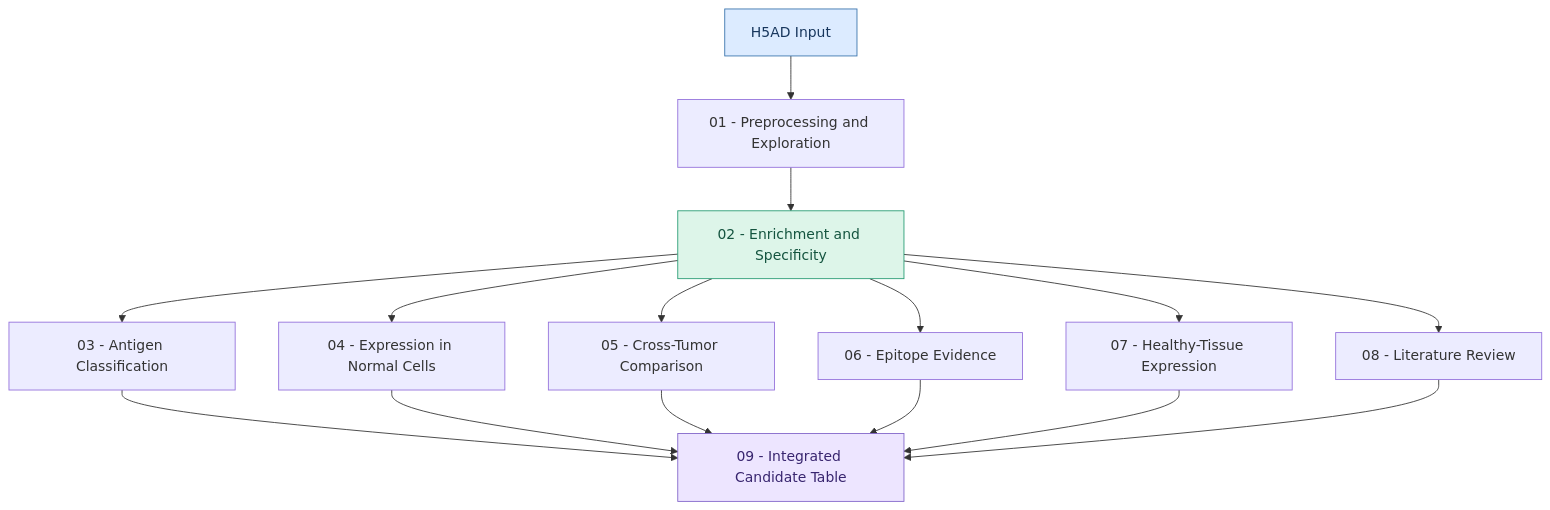
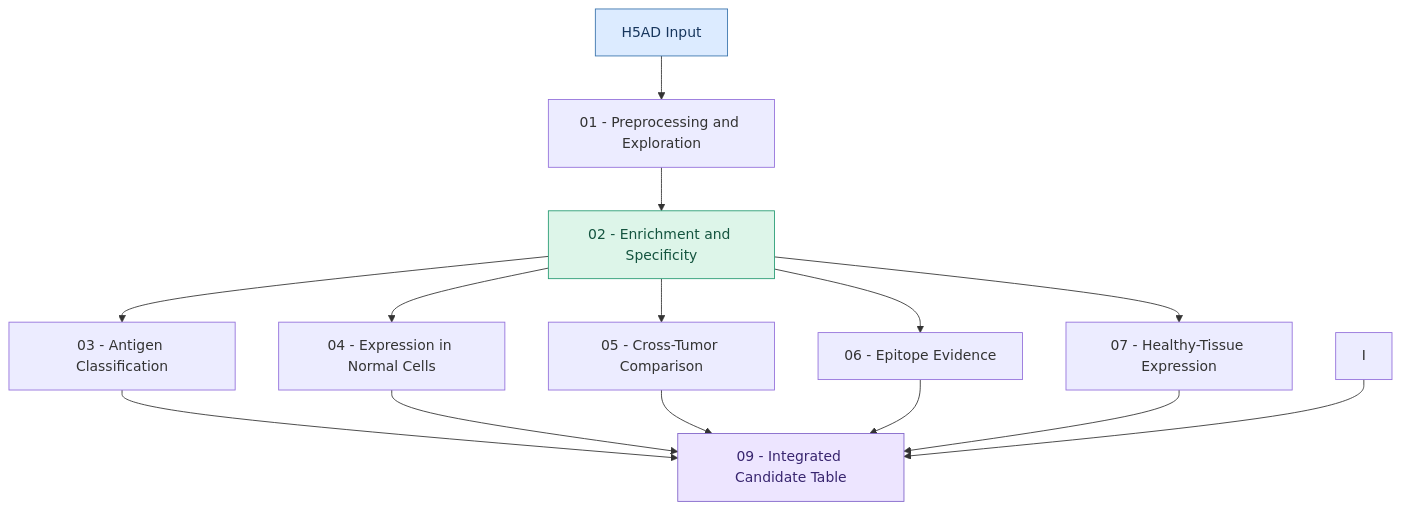
One commit to LIIA-edu/tumor-antigen-pipeline changed the diagram in README.md. Above: the diagram before and after it, drawn with Mermaid.

````diff
--- a/README.md
+++ b/README.md
@@ -28,23 +28,22 @@
 ```mermaid
 flowchart TD
     A["H5AD Input"] --> B["01 - Preprocessing and Exploration"]
     B --> C["02 - Enrichment and Specificity"]
 
     C --> D["03 - Antigen Classification"]
     C --> E["04 - Expression in Normal Cells"]
     C --> F["05 - Cross-Tumor Comparison"]
     C --> G["06 - Epitope Evidence"]
     C --> H["07 - Healthy-Tissue Expression"]
-    C --> I["08 - Literature Review"]
 
     D --> J["09 - Integrated Candidate Table"]
     E --> J
     F --> J
     G --> J
     H --> J
     I --> J
 
     style A fill:#DCEBFF,stroke:#3973AC,color:#17365D
     style C fill:#DDF5E9,stroke:#269B73,color:#14543F
     style J fill:#EDE5FF,stroke:#8064C9,color:#38256F
 ```
````
